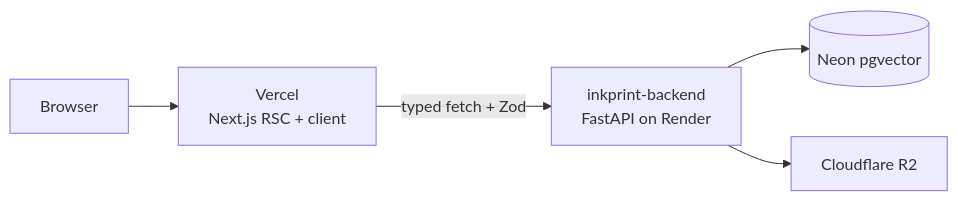
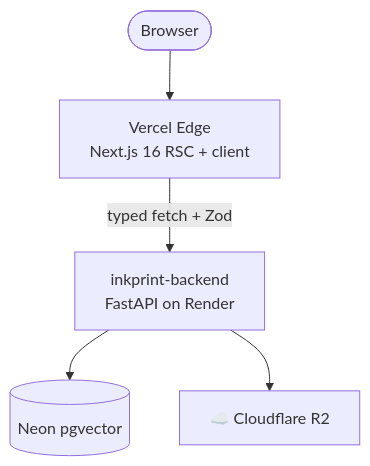
One commit to Abdul-Muizz1310/inkprint-frontend changed the first of 3 diagrams in README.md. Above: the diagram before and after it, drawn with Mermaid. The commit also changed other lines of this file and 11 other files, not shown here.

````diff
--- a/README.md
+++ b/README.md
@@ -89,7 +64,7 @@
 ```mermaid
-graph LR
-  U[Browser] --> V[Vercel<br/>Next.js RSC + client]
-  V -->|typed fetch + Zod| B[inkprint-backend<br/>FastAPI on Render]
-  B --> DB[(Neon pgvector)]
-  B --> R2[Cloudflare R2]
+flowchart TD
+    Browser([Browser]) --> Vercel[Vercel Edge<br/>Next.js 16 RSC + client]
+    Vercel -->|typed fetch + Zod| Backend[inkprint-backend<br/>FastAPI on Render]
+    Backend --> DB[(Neon pgvector)]
+    Backend --> R2[☁️ Cloudflare R2]
 ```
````
